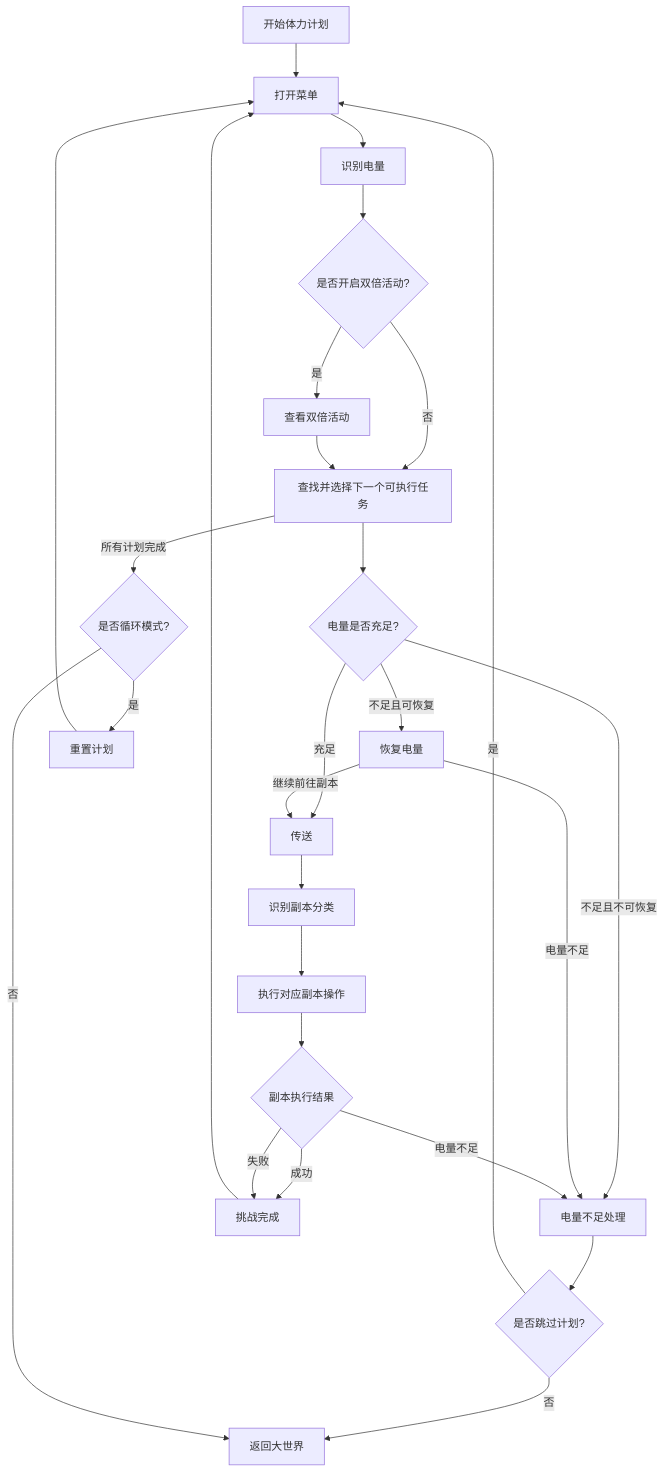
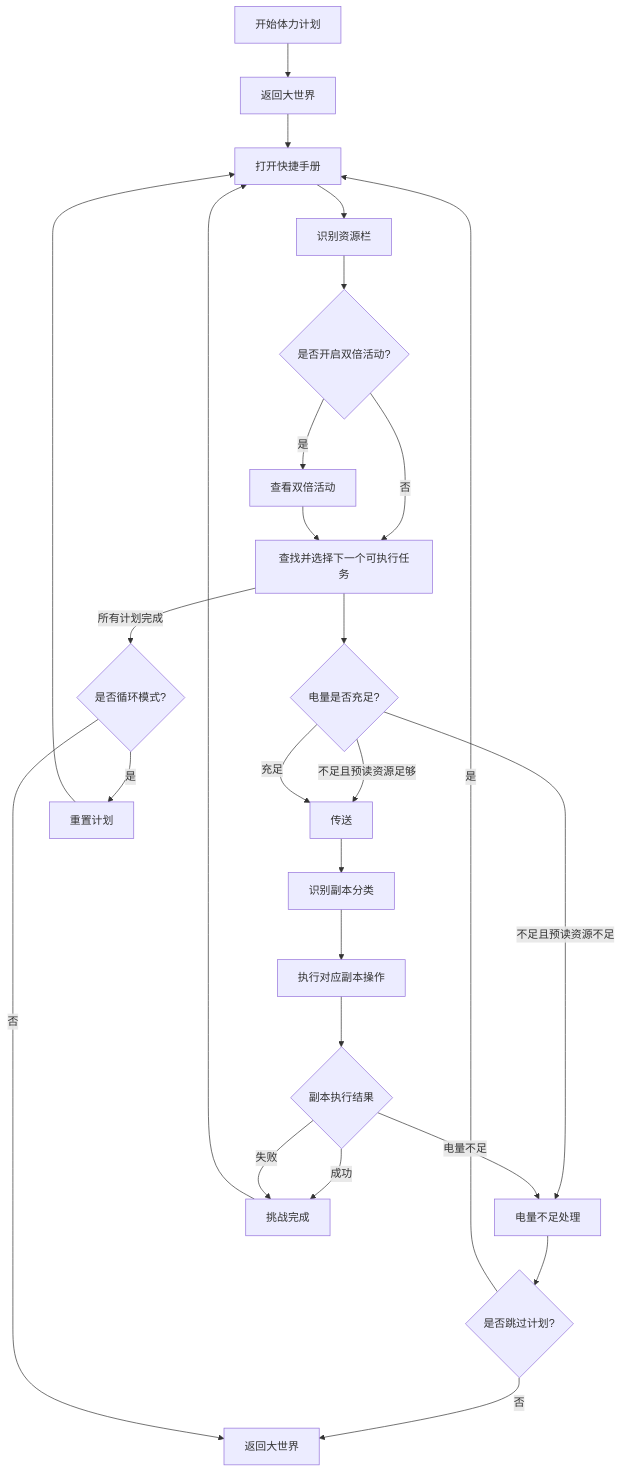
The diagram in docs/develop/zzz/application/charge_plan.md (JoshCai233/ZenlessZoneZero-OneDragon), drawn with Mermaid before and after one commit. The commit also changed other lines of this file, not shown here.

````diff
--- a/docs/develop/zzz/application/charge_plan.md
+++ b/docs/develop/zzz/application/charge_plan.md
@@ -189,28 +188,27 @@
 ```mermaid
 graph TD
-    A["开始体力计划"] --> B["打开菜单"]
-    B --> C["识别电量"]
+    A["开始体力计划"] --> B0["返回大世界"]
+    B0 --> B["打开快捷手册"]
+    B --> C["识别资源栏"]
     C --> C1{"是否开启双倍活动?"}
     C1 -->|是| C2["查看双倍活动"]
     C1 -->|否| D["查找并选择下一个可执行任务"]
     C2 --> D
     D --> E{"电量是否充足?"}
-    E -->|不足且可恢复| F["恢复电量"]
-    E -->|不足且不可恢复| G["电量不足处理"]
+    E -->|不足且预读资源足够| H["传送"]
+    E -->|不足且预读资源不足| G["电量不足处理"]
     E -->|充足| H["传送"]
-    F -->|继续前往副本| H
-    F -->|电量不足| G
     G --> I{"是否跳过计划?"}
     I -->|是| B
     I -->|否| J["返回大世界"]
     H --> K["识别副本分类"]
     K --> L["执行对应副本操作"]
     L --> M{"副本执行结果"}
     M -->|成功| N["挑战完成"]
     M -->|电量不足| G
     M -->|失败| N
     N --> B
     D -->|所有计划完成| O{"是否循环模式?"}
     O -->|是| P["重置计划"] --> B
     O -->|否| J
 ```
````
